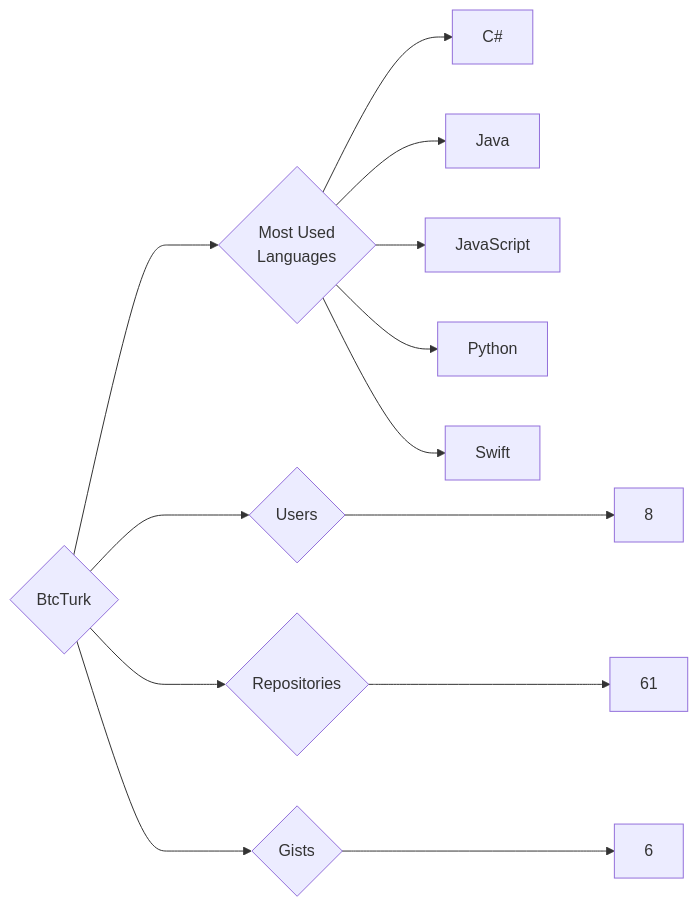
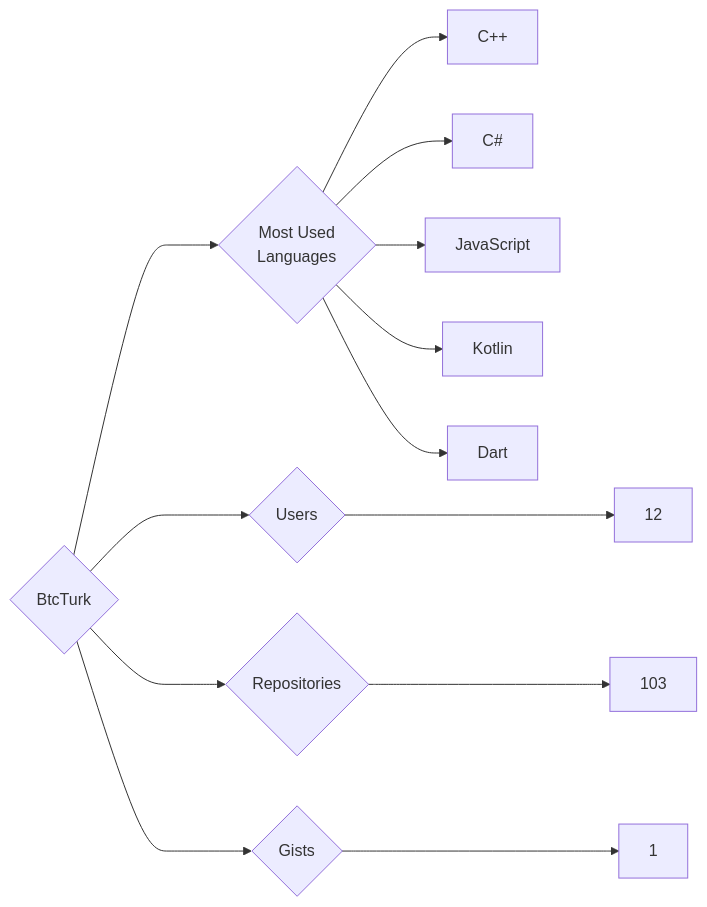
Before and after one commit to trickest/insiders: the diagram in targets/BtcTurk/README.md, drawn with Mermaid. The commit also changed 757 other files, not shown here.

````diff
--- a/targets/BtcTurk/README.md
+++ b/targets/BtcTurk/README.md
@@ -3,13 +3,13 @@
 ```mermaid
 graph LR
 COMPANY_NAME{BtcTurk}
-COMPANY_NAME ---> U{Users} ---> UN[8]
-COMPANY_NAME ---> R{Repositories} ---> RN[61]
-COMPANY_NAME ---> G{Gists} ---> GN[6]
+COMPANY_NAME ---> U{Users} ---> UN[12]
+COMPANY_NAME ---> R{Repositories} ---> RN[103]
+COMPANY_NAME ---> G{Gists} ---> GN[1]
 COMPANY_NAME ---> ML{Most Used<br>Languages}
+ML --> C++[C++]
 ML --> C#[C#]
-ML --> Java[Java]
 ML --> JavaScript[JavaScript]
-ML --> Python[Python]
-ML --> Swift[Swift]
+ML --> Kotlin[Kotlin]
+ML --> Dart[Dart]
 ```
````
